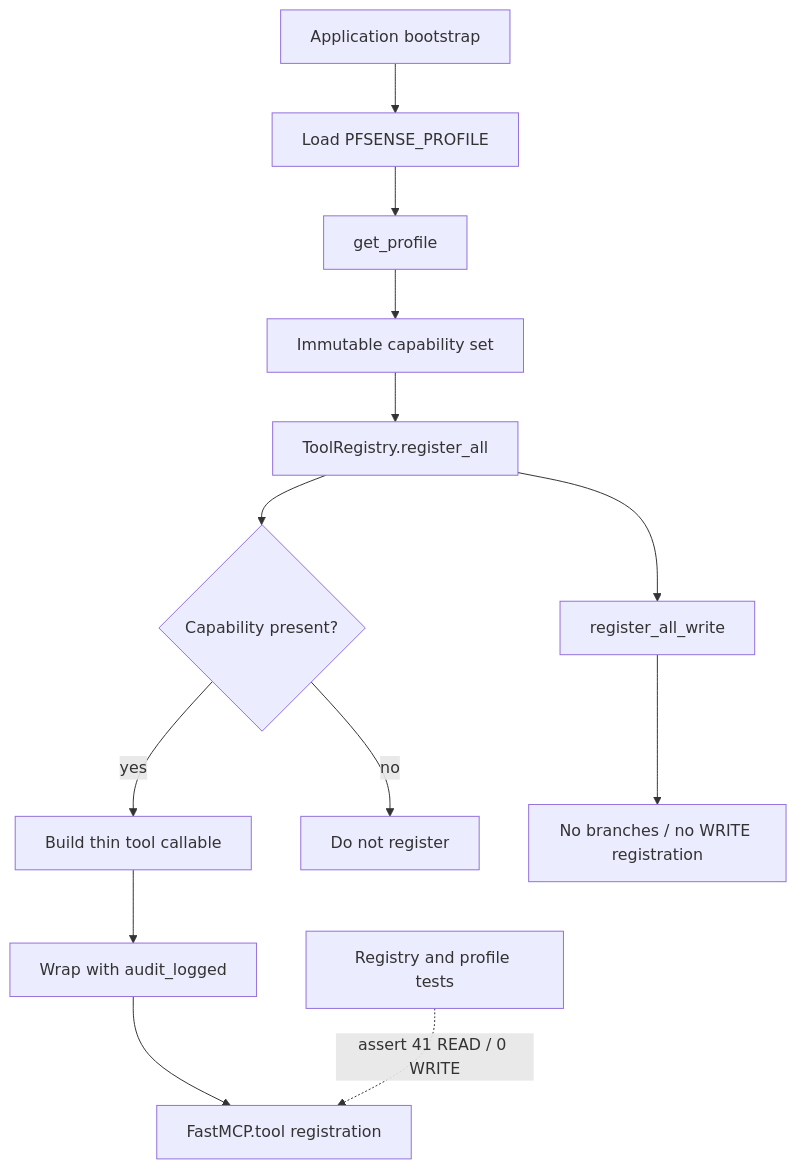
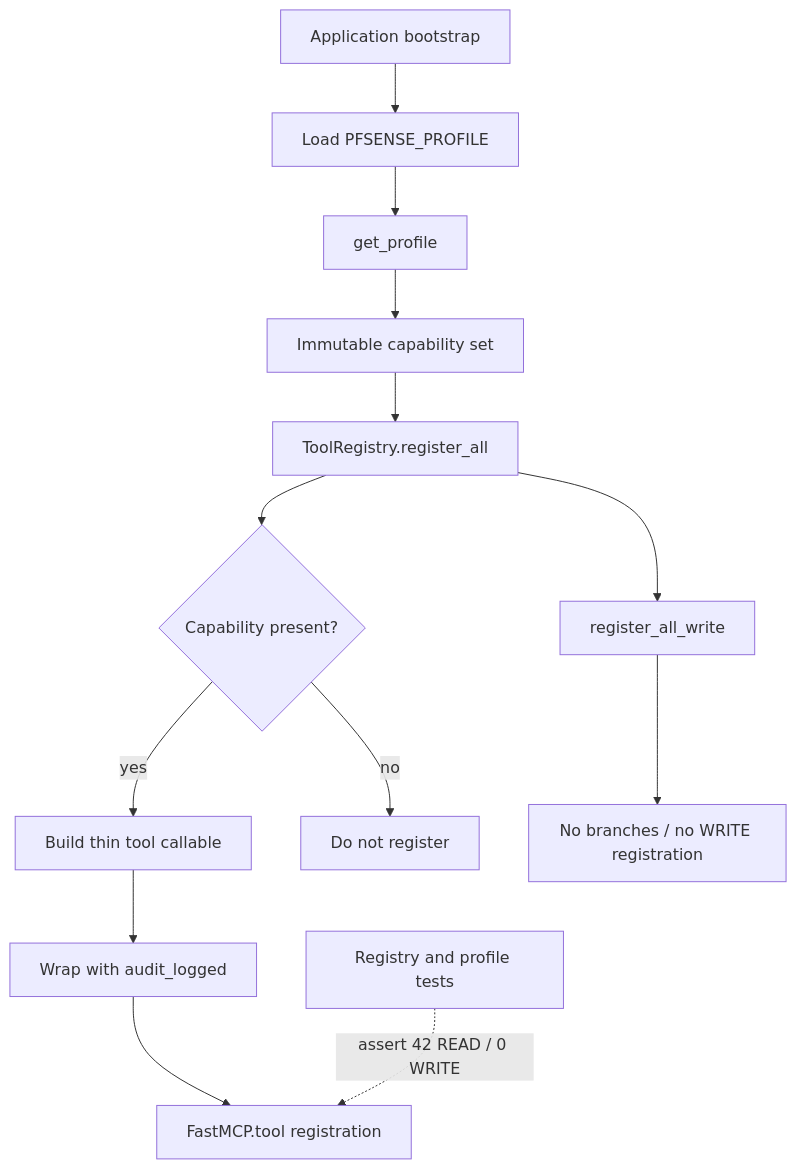
One commit to night4me/pfsense-mcp-server changed the third of 8 diagrams in docs/ARCHITECTURE_DIAGRAMS.md. Above: the diagram before and after it, drawn with Mermaid. The commit also changed other lines of this file and 12 other files, not shown here.

````diff
--- a/docs/ARCHITECTURE_DIAGRAMS.md
+++ b/docs/ARCHITECTURE_DIAGRAMS.md
@@ -59,18 +59,18 @@
 ```mermaid
 flowchart TD
     Start[Application bootstrap] --> ProfileName[Load PFSENSE_PROFILE]
     ProfileName --> Profiles[get_profile]
     Profiles --> CapSet[Immutable capability set]
     CapSet --> Registry[ToolRegistry.register_all]
 
     Registry --> C1{Capability present?}
     C1 -->|yes| Build[Build thin tool callable]
     C1 -->|no| Skip[Do not register]
     Build --> Audit[Wrap with audit_logged]
     Audit --> MCP[FastMCP.tool registration]
 
     Registry --> WriteDispatch[register_all_write]
     WriteDispatch --> Empty[No branches / no WRITE registration]
 
-    Tests[Registry and profile tests] -. assert 41 READ / 0 WRITE .-> MCP
+    Tests[Registry and profile tests] -. assert 42 READ / 0 WRITE .-> MCP
 ```
````
